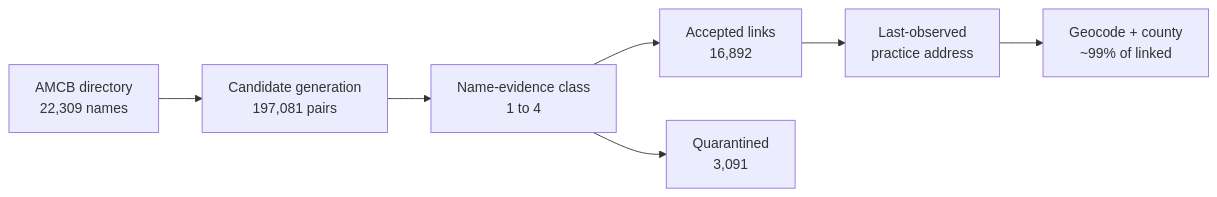
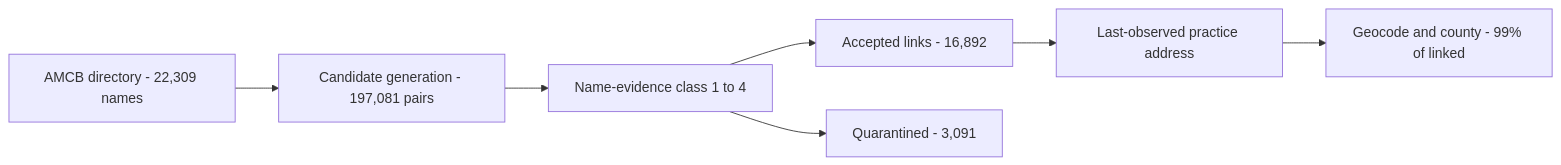
The first of 4 diagrams in README.md (mufflyt/midwifery), drawn with Mermaid before and after one commit.

Commit message:
Remove HTML from the mermaid node labels
GitHub sanitises HTML in mermaid labels under its strict security
level, and <br/> inside a node is a known cause of the loader failing
with "Cannot read properties of undefined (reading 'render')". Seven
occurrences in the first flowchart are replaced with the same " - "
separator the other three blocks already use, so the diagrams are now
consistent as well as HTML-free.

Also dropped "+" and "~" from a label ("Geocode + county ~99%" becomes
"Geocode and county - 99%"): both carry meaning in other mermaid
diagram types and neither is needed here.

Verified: no <br/> anywhere in the file, no non-ASCII inside any
mermaid block, fences balanced at 8 pairs, and all four blocks pass the
layer-1 validator.

Claude-Session: https://claude.ai/code/session_011XYbb7A9wzNZyMUjEhPtn7

````diff
--- a/README.md
+++ b/README.md
@@ -9,9 +9,9 @@
 ```mermaid
 flowchart LR
-  A["AMCB directory<br/>22,309 names"] --> B["Candidate generation<br/>197,081 pairs"]
-  B --> C["Name-evidence class<br/>1 to 4"]
-  C --> D["Accepted links<br/>16,892"]
-  C --> Q["Quarantined<br/>3,091"]
-  D --> E["Last-observed<br/>practice address"]
-  E --> F["Geocode + county<br/>~99% of linked"]
+  A["AMCB directory - 22,309 names"] --> B["Candidate generation - 197,081 pairs"]
+  B --> C["Name-evidence class 1 to 4"]
+  C --> D["Accepted links - 16,892"]
+  C --> Q["Quarantined - 3,091"]
+  D --> E["Last-observed practice address"]
+  E --> F["Geocode and county - 99% of linked"]
 ```
````
